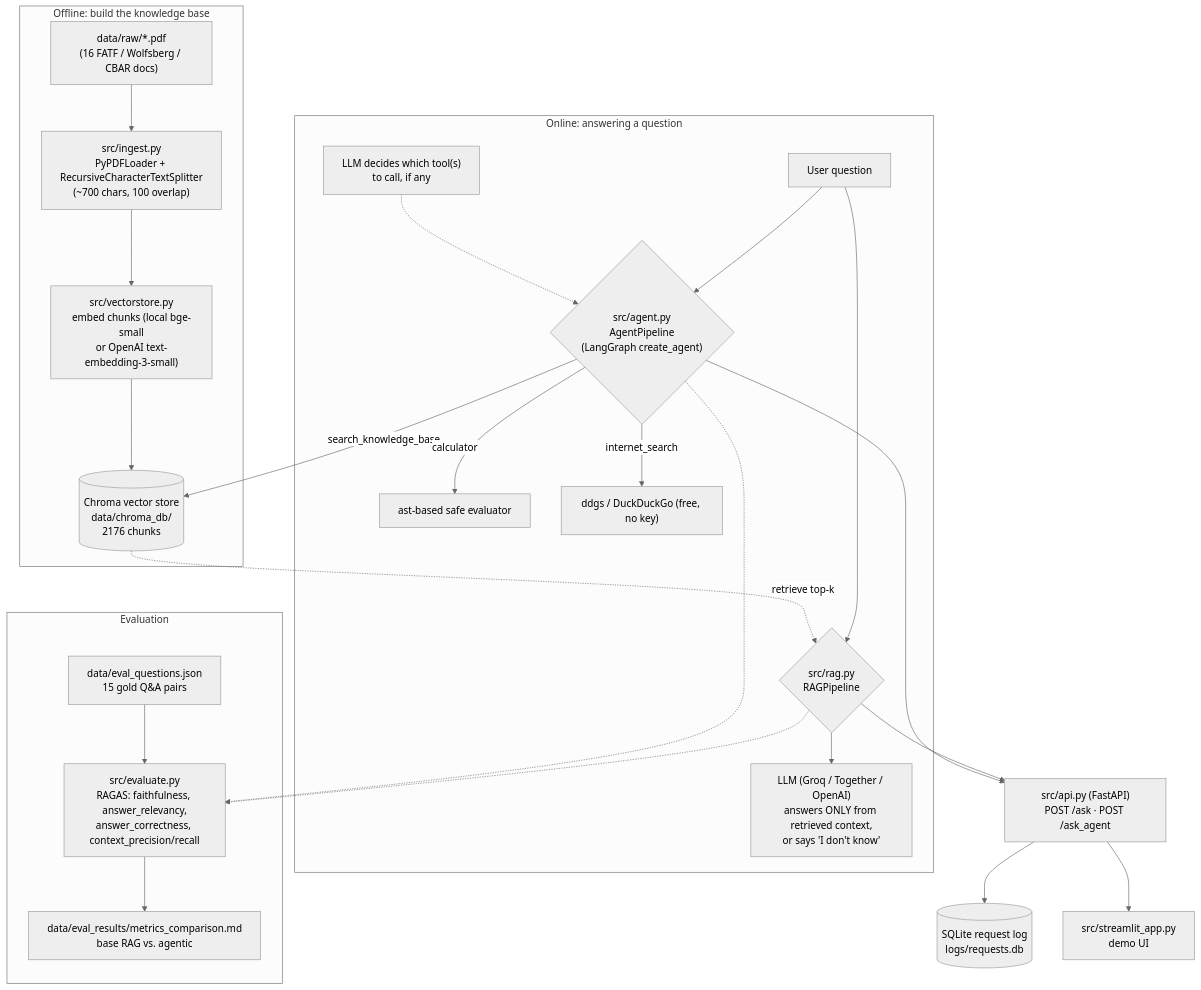
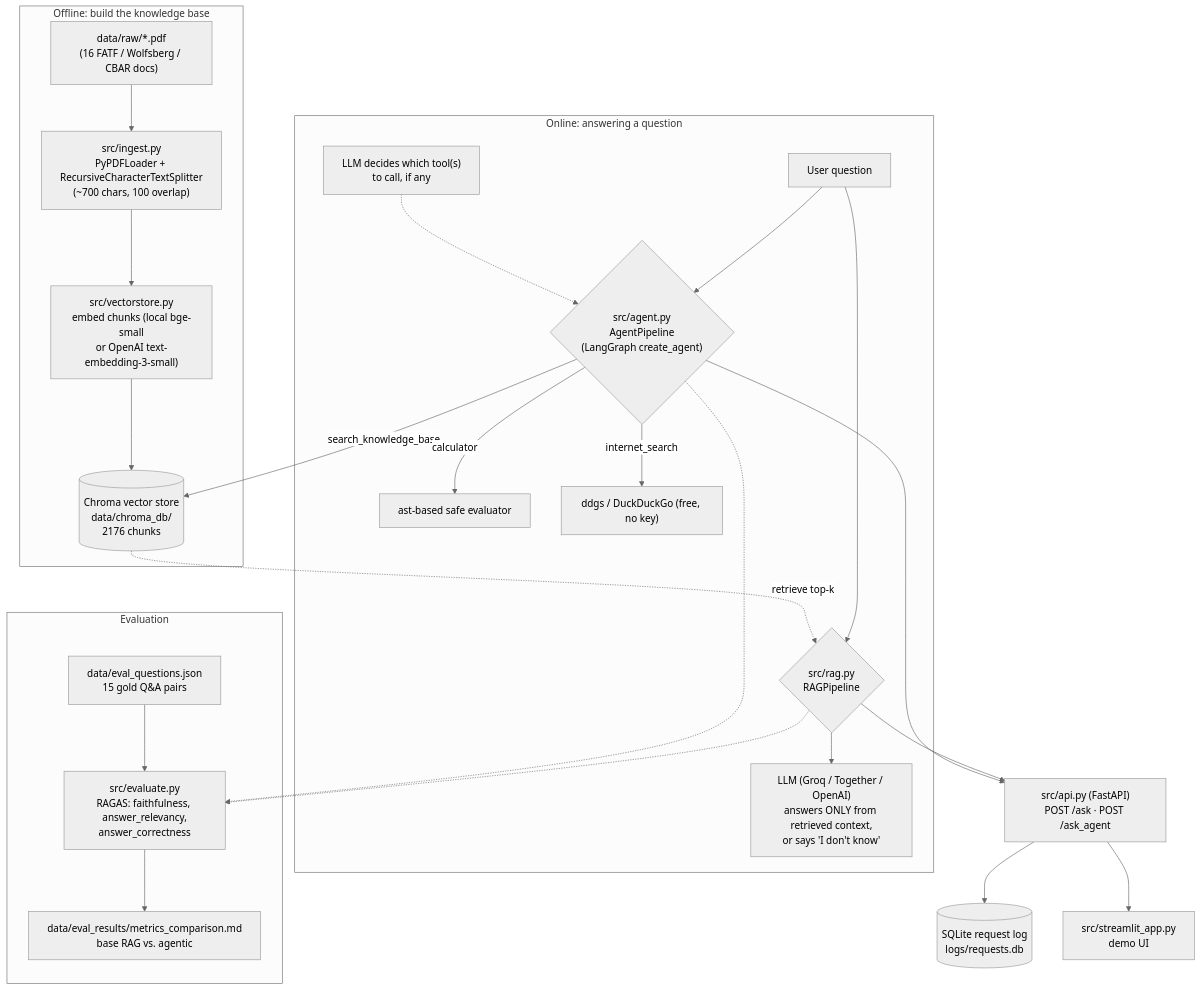
The diagram in README.md (emiliaismailova3/aml-kyc-rag-assistant), drawn with Mermaid (neutral theme) before and after one commit. The commit also changed other lines of this file and 2 other files, not shown here.

First line of the commit message:
Make RAGAS scoring resumable, fix aggregate crash, record real base-RAG metrics

````diff
--- a/README.md
+++ b/README.md
@@ -40,32 +40,32 @@
 ```mermaid
 flowchart TD
     subgraph Ingestion["Offline: build the knowledge base"]
         A["data/raw/*.pdf<br/>(16 FATF / Wolfsberg / CBAR docs)"] --> B["src/ingest.py<br/>PyPDFLoader + RecursiveCharacterTextSplitter<br/>(~700 chars, 100 overlap)"]
         B --> C["src/vectorstore.py<br/>embed chunks (local bge-small<br/>or OpenAI text-embedding-3-small)"]
         C --> D[("Chroma vector store<br/>data/chroma_db/<br/>2176 chunks")]
     end
 
     subgraph Online["Online: answering a question"]
         U["User question"] --> R{"src/rag.py<br/>RAGPipeline"}
         D -.retrieve top-k.-> R
         R --> LLM1["LLM (Groq / Together / OpenAI)<br/>answers ONLY from retrieved context,<br/>or says 'I don't know'"]
 
         U --> AG{"src/agent.py<br/>AgentPipeline<br/>(LangGraph create_agent)"}
         AG -->|"search_knowledge_base"| D
         AG -->|"calculator"| CALC["ast-based safe evaluator"]
         AG -->|"internet_search"| WEB["ddgs / DuckDuckGo (free, no key)"]
         LLM2["LLM decides which tool(s)<br/>to call, if any"] -.-> AG
     end
 
     R --> API["src/api.py (FastAPI)<br/>POST /ask · POST /ask_agent"]
     AG --> API
     API --> LOG[("SQLite request log<br/>logs/requests.db")]
     API --> UI["src/streamlit_app.py<br/>demo UI"]
 
     subgraph Eval["Evaluation"]
-        EQ["data/eval_questions.json<br/>15 gold Q&A pairs"] --> RAGAS["src/evaluate.py<br/>RAGAS: faithfulness, answer_relevancy,<br/>answer_correctness, context_precision/recall"]
+        EQ["data/eval_questions.json<br/>15 gold Q&A pairs"] --> RAGAS["src/evaluate.py<br/>RAGAS: faithfulness, answer_relevancy,<br/>answer_correctness"]
         R -.-> RAGAS
         AG -.-> RAGAS
         RAGAS --> CMP["data/eval_results/metrics_comparison.md<br/>base RAG vs. agentic"]
     end
 ```
````
